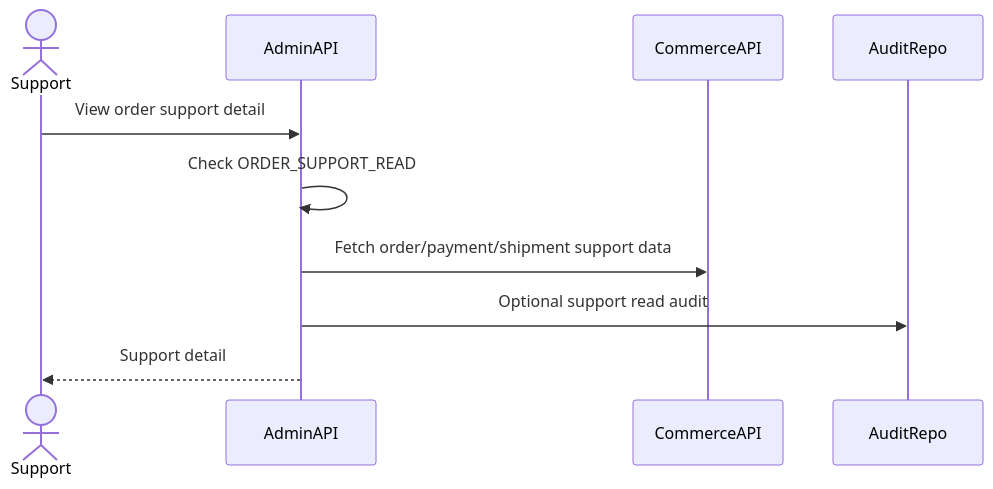
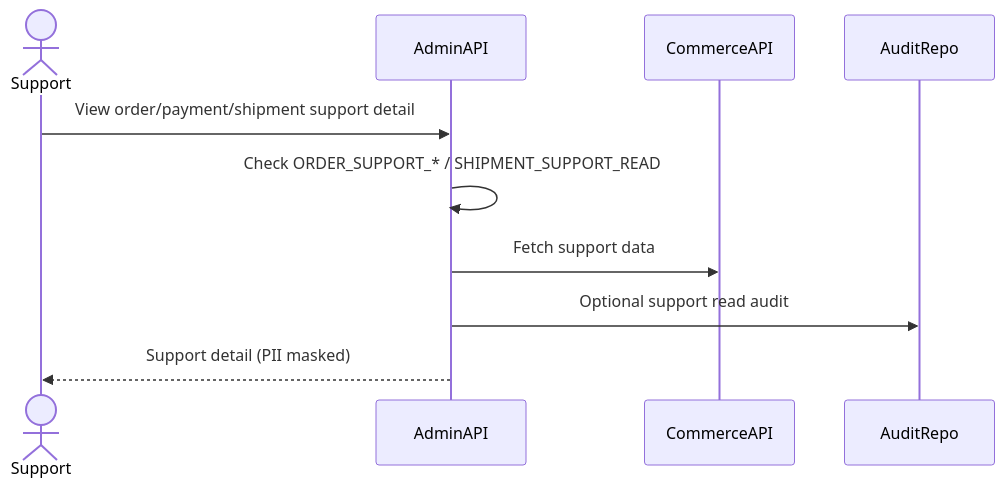
Before and after one commit to Kietptk2k4/2Hand_Projects: the first of 2 diagrams in docs/business_flow/admin_business_flow/order-support-flow.md, drawn with Mermaid. The commit also changed other lines of this file and 370 other files, not shown here.

````diff
--- a/docs/business_flow/admin_business_flow/order-support-flow.md
+++ b/docs/business_flow/admin_business_flow/order-support-flow.md
@@ -31,13 +33,13 @@
 ```mermaid
 sequenceDiagram
     actor Support
     participant AdminAPI
     participant CommerceAPI
     participant AuditRepo
 
-    Support->>AdminAPI: View order support detail
-    AdminAPI->>AdminAPI: Check ORDER_SUPPORT_READ
-    AdminAPI->>CommerceAPI: Fetch order/payment/shipment support data
+    Support->>AdminAPI: View order/payment/shipment support detail
+    AdminAPI->>AdminAPI: Check ORDER_SUPPORT_* / SHIPMENT_SUPPORT_READ
+    AdminAPI->>CommerceAPI: Fetch support data
     AdminAPI->>AuditRepo: Optional support read audit
-    AdminAPI-->>Support: Support detail
+    AdminAPI-->>Support: Support detail (PII masked)
 ```
````
